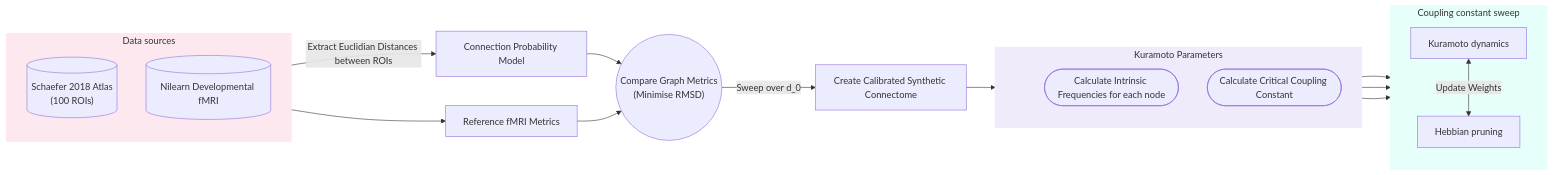
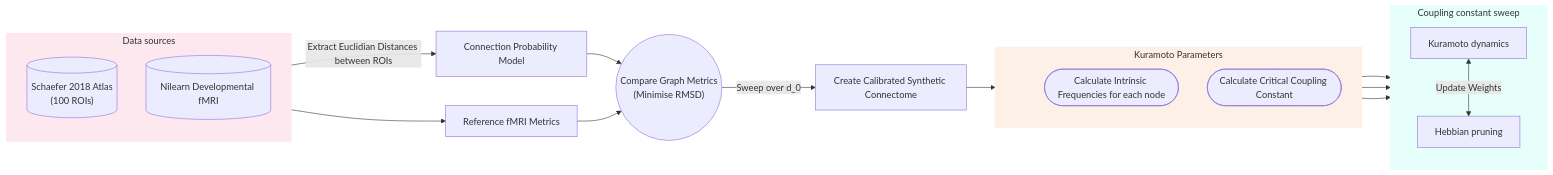
One commit to R-eya/Kuramoto-Hebbian-Style-Pruning-of-Synthetic-Connectomes changed the diagram in README.md. Above: the diagram before and after it, drawn with Mermaid.

````diff
--- a/README.md
+++ b/README.md
@@ -7,41 +7,40 @@
 ```mermaid
 flowchart LR
 
     subgraph Inputs ["Data sources"]
         direction TB
         Q[("Schaefer 2018 atlas<br/>(100 ROIs)")]
         A[("Nilearn developmental fMRI")]
     end
-    style Inputs fill:#e8f4fd,stroke:#2b6cb0,stroke-width:2px
 
     Q[("Schaefer 2018 Atlas <br> (100 ROIs)")] -->|Extract Euclidian Distances between ROIs| W[Connection Probability Model] -->C
 
     A[(Nilearn Developmental fMRI)] -->B[Reference fMRI Metrics]--> C(("Compare Graph Metrics <br> (Minimise RMSD)" )) -->|Sweep over d_0 | D[Create Calibrated Synthetic Connectome]
     
     %% Route D to E through an invisible node inside the subgraph
     D --> HiddenNode --> E[Kuramoto Dynamics]
 
     subgraph kurma ["Kuramoto Parameters"]
         direction TB
         HiddenNode[" "]:::hidden
         G([Calculate Intrinsic Frequencies for each node])
         F([Calculate Critical Coupling Constant])
     end
 
     subgraph Sweep ["Coupling constant sweep"]
         direction TB
         E["Kuramoto dynamics"]
         H["Hebbian pruning"]
         E <-->|"Update Weights"| H
     end
         
     G --> E
     F --> E
 
 style Inputs fill:#fde8ef,stroke:#fde8ef,stroke-width:2px
 style Sweep fill:#e6fffa,stroke:#e6fffa,stroke-width:2px
-style kurma fill:#f0ebfa,stroke:#f0ebfa,stroke-width:2px
+style kurma fill:#fdf0e6,stroke:#fdf0e6,stroke-width:2px
 
 %% Hide the passthrough node so the line looks continuous
 classDef hidden display:none;
 ```
````
